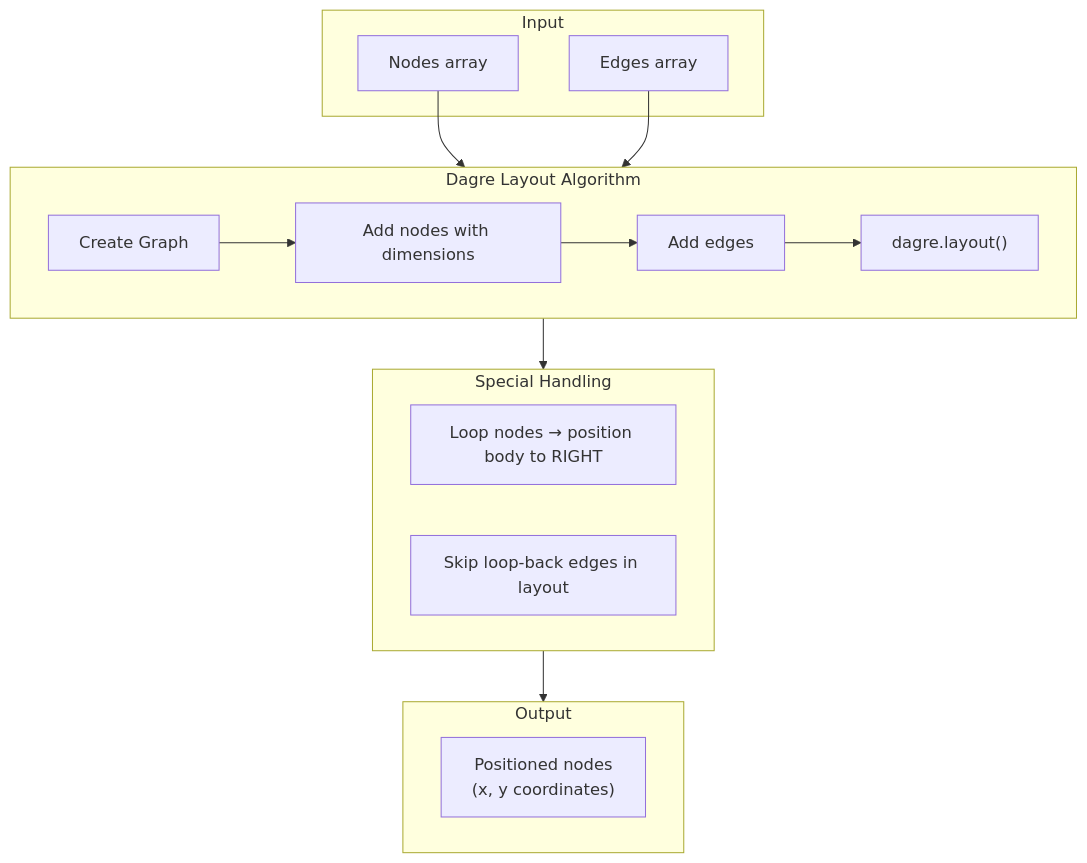
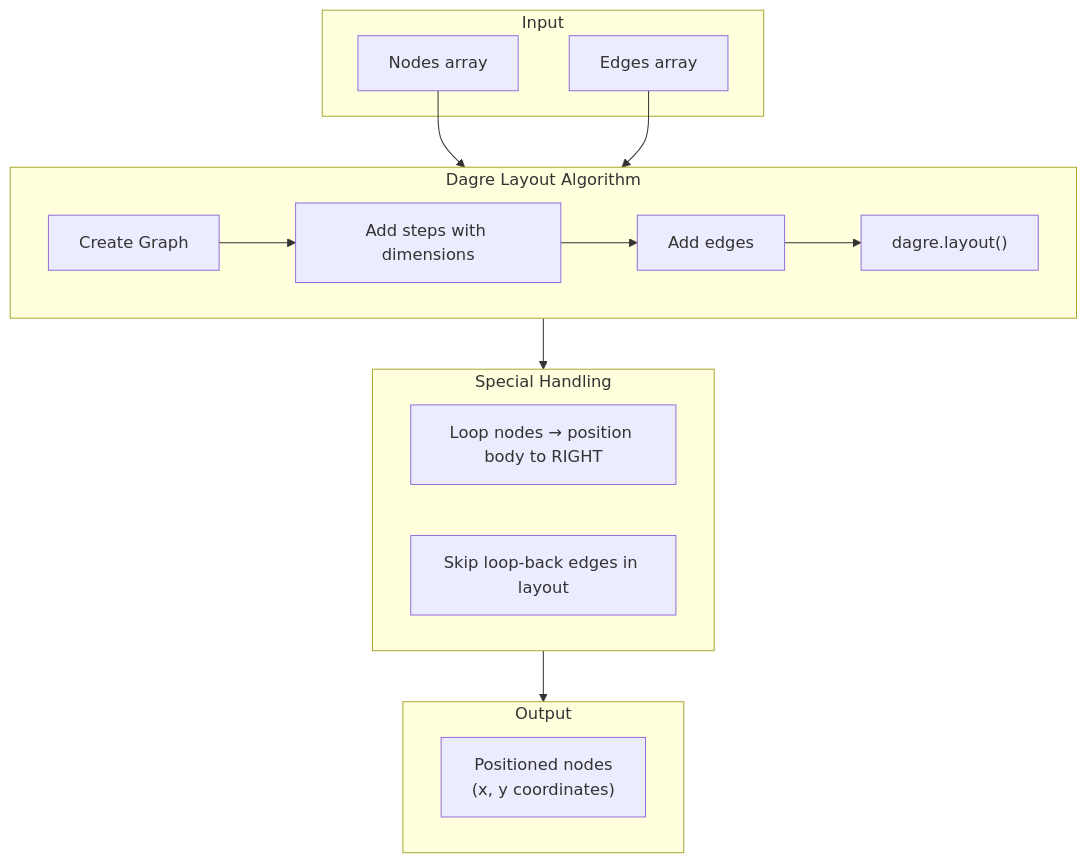
Diagram 17 of 19 in docs/architecture.md (alinabuzachis/syntara), drawn with Mermaid before and after one commit. The commit also changed other lines of this file and 95 other files, not shown here.

````diff
--- a/docs/architecture.md
+++ b/docs/architecture.md
@@ -1079,28 +1080,28 @@
 ```mermaid
 flowchart TB
   subgraph Input["Input"]
     N[Nodes array]
     E[Edges array]
   end
 
   subgraph Dagre["Dagre Layout Algorithm"]
     G["Create Graph"]
-    AN["Add nodes with dimensions"]
+    AN["Add steps with dimensions"]
     AE["Add edges"]
     L["dagre.layout()"]
     G --> AN --> AE --> L
   end
 
   subgraph Special["Special Handling"]
     Loop["Loop nodes → position body to RIGHT"]
     Skip["Skip loop-back edges in layout"]
   end
 
   subgraph Output["Output"]
     PN["Positioned nodes<br/>(x, y coordinates)"]
   end
 
   N & E --> Dagre
   Dagre --> Special
   Special --> Output
 ```
````
